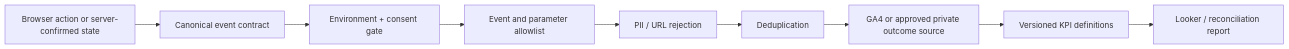
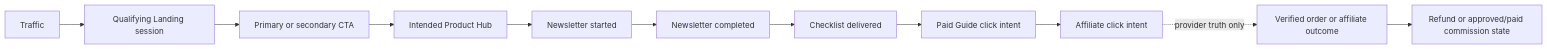
The fourth of 8 diagrams in docs/V3_PHASE_4B_GROWTH_PLATFORM_ARCHITECTURE.md (CHENGWEE711/first-china-trip-kit), drawn with Mermaid before and after one commit. The commit also changed other lines of this file and 3 other files, not shown here.

Commit message:
docs(growth): complete V3 phase 4B platform architecture

````diff
--- a/docs/V3_PHASE_4B_GROWTH_PLATFORM_ARCHITECTURE.md
+++ b/docs/V3_PHASE_4B_GROWTH_PLATFORM_ARCHITECTURE.md
@@ -1109,11 +1431,13 @@
 ```mermaid
 flowchart LR
-    A["Browser action or server-confirmed state"] --> B["Canonical event contract"]
-    B --> C["Environment + consent gate"]
-    C --> D["Event and parameter allowlist"]
-    D --> E["PII / URL rejection"]
-    E --> F["Deduplication"]
-    F --> G["GA4 or approved private outcome source"]
-    G --> H["Versioned KPI definitions"]
-    H --> I["Looker / reconciliation report"]
+    A["Traffic"] --> B["Qualifying Landing session"]
+    B --> C["Primary or secondary CTA"]
+    C --> D["Intended Product Hub"]
+    D --> E["Newsletter started"]
+    E --> F["Newsletter completed"]
+    F --> G["Checklist delivered"]
+    G --> H["Paid Guide click intent"]
+    H --> I["Affiliate click intent"]
+    I -. "provider truth only" .-> J["Verified order or affiliate outcome"]
+    J --> K["Refund or approved/paid commission state"]
 ```
````
